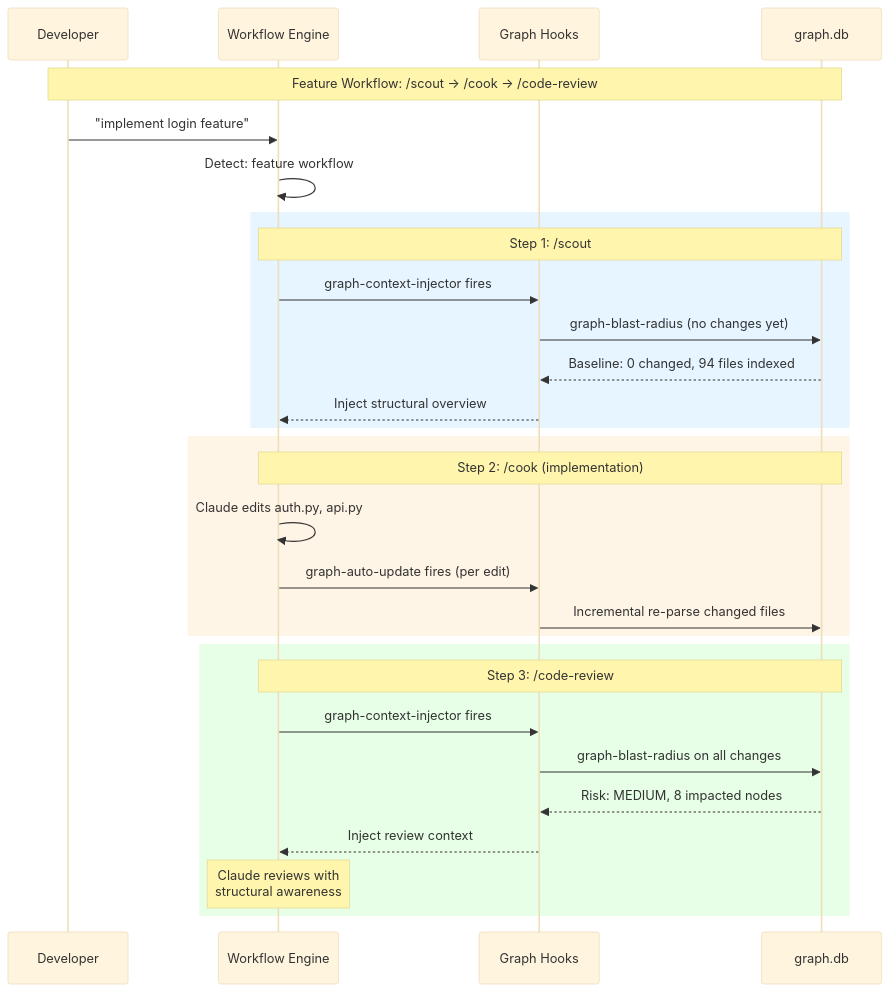
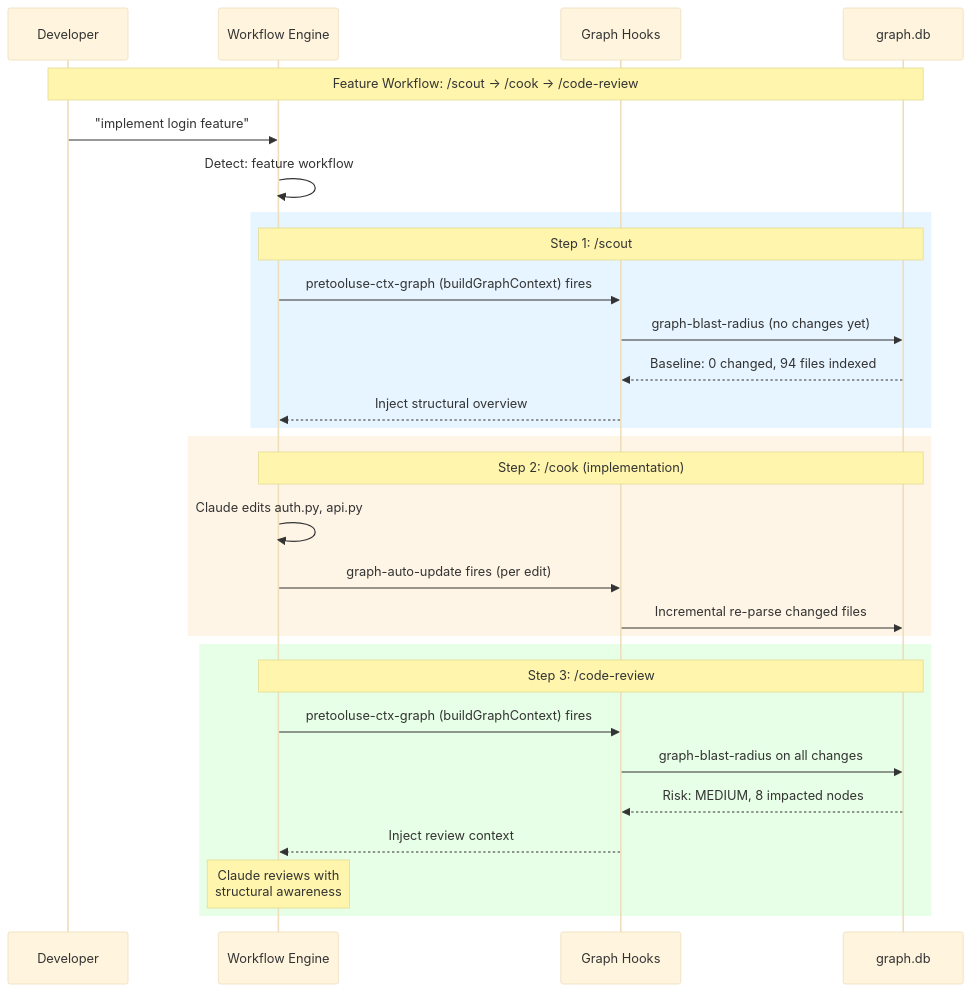
One commit to duc01226/easy-claude changed the sixth of 8 diagrams in .claude/docs/code-graph-mechanism.md. Above: the diagram before and after it, drawn with Mermaid (base theme). The commit also changed other lines of this file and 382 other files, not shown here.

````diff
--- a/.claude/docs/code-graph-mechanism.md
+++ b/.claude/docs/code-graph-mechanism.md
@@ -542,36 +542,36 @@
 ```mermaid
 sequenceDiagram
     participant Dev as Developer
     participant WF as Workflow Engine
     participant Hook as Graph Hooks
     participant Graph as graph.db
 
     Note over Dev,Graph: Feature Workflow: /scout → /cook → /code-review
 
     Dev->>WF: "implement login feature"
     WF->>WF: Detect: feature workflow
 
     rect rgb(230, 245, 255)
         Note over WF,Graph: Step 1: /scout
-        WF->>Hook: graph-context-injector fires
+        WF->>Hook: pretooluse-ctx-graph (buildGraphContext) fires
         Hook->>Graph: graph-blast-radius (no changes yet)
         Graph-->>Hook: Baseline: 0 changed, 94 files indexed
         Hook-->>WF: Inject structural overview
     end
 
     rect rgb(255, 245, 230)
         Note over WF,Graph: Step 2: /cook (implementation)
         WF->>WF: Claude edits auth.py, api.py
         WF->>Hook: graph-auto-update fires (per edit)
         Hook->>Graph: Incremental re-parse changed files
     end
 
     rect rgb(230, 255, 230)
         Note over WF,Graph: Step 3: /code-review
-        WF->>Hook: graph-context-injector fires
+        WF->>Hook: pretooluse-ctx-graph (buildGraphContext) fires
         Hook->>Graph: graph-blast-radius on all changes
         Graph-->>Hook: Risk: MEDIUM, 8 impacted nodes
         Hook-->>WF: Inject review context
         Note over WF: Claude reviews with<br/>structural awareness
     end
 ```
````
